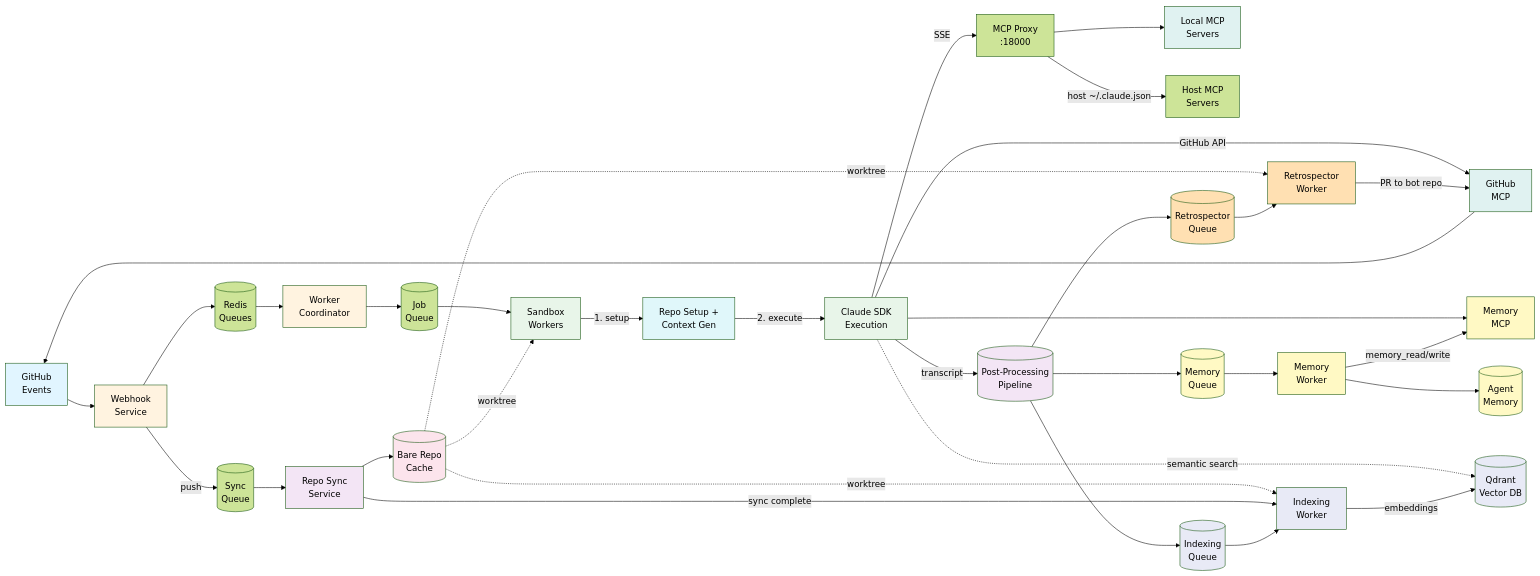
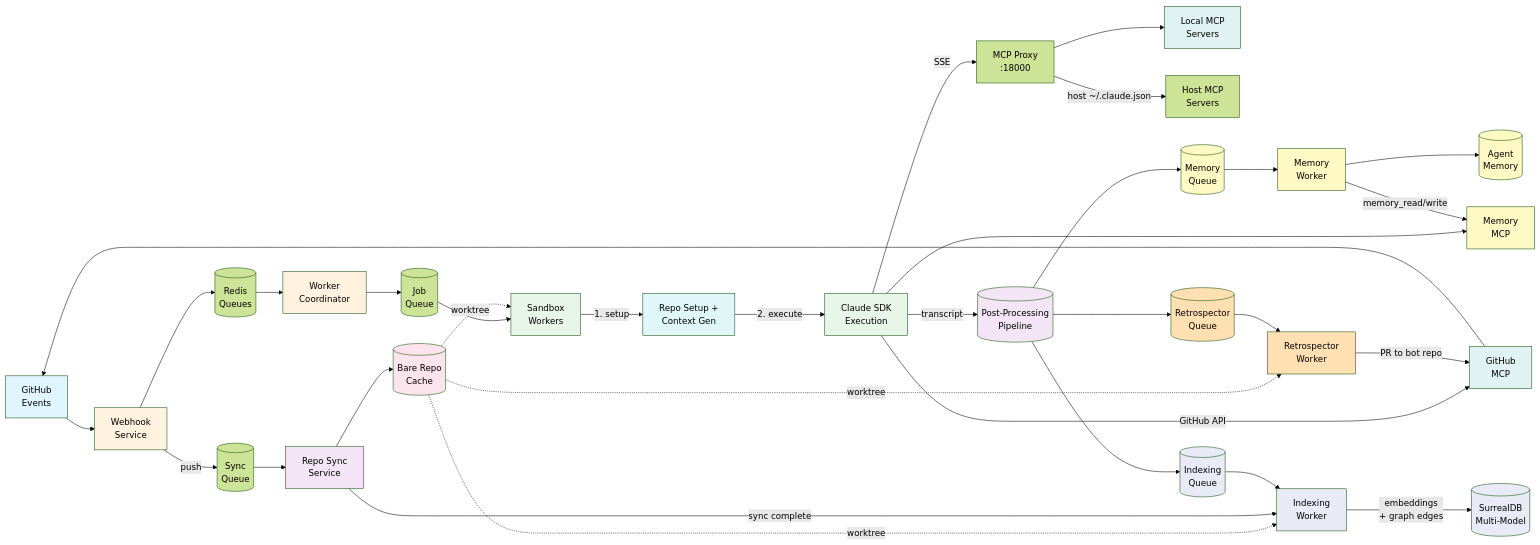
The diagram in docs/ARCHITECTURE.md (GabsFranke/claude-code-github-agent), drawn with Mermaid (forest theme) before and after one commit. The commit also changed other lines of this file and 47 other files, not shown here.

First line of the commit message:
feat: Replace Qdrant with SurrealDB for unified code intelligence

````diff
--- a/docs/ARCHITECTURE.md
+++ b/docs/ARCHITECTURE.md
@@ -35,67 +35,66 @@
 ```mermaid
 flowchart LR
     GH[GitHub<br/>Events] --> WH[Webhook<br/>Service]
 
     WH --> RQ[(Redis<br/>Queues)]
     WH --> |push| SYNCQ[(Sync<br/>Queue)]
 
     RQ --> W[Worker<br/>Coordinator]
     SYNCQ --> RS[Repo Sync<br/>Service]
 
     W --> JQ[(Job<br/>Queue)]
     RS --> CACHE[(Bare Repo<br/>Cache)]
 
     JQ --> SW[Sandbox<br/>Workers]
     CACHE -.->|worktree| SW
     CACHE -.->|worktree| IDX
     CACHE -.->|worktree| RETRO
 
     SW --> |1. setup| PREP[Repo Setup +<br/>Context Gen]
     PREP --> |2. execute| AGENT[Claude SDK<br/>Execution]
 
     AGENT --> |GitHub API| MCP[GitHub<br/>MCP]
     AGENT --> |transcript| PP[(Post-Processing<br/>Pipeline)]
     AGENT --> MEM_MCP[Memory<br/>MCP]
     AGENT --> |SSE| MCPPROXY[MCP Proxy<br/>:18000]
     MCPPROXY --> LOCAL_MCP[Local MCP<br/>Servers]
     MCPPROXY --> |host ~/.claude.json| HOST_MCP[Host MCP<br/>Servers]
-    AGENT -.->|semantic search| QDRANT
 
     PP --> MEMQ[(Memory<br/>Queue)]
     PP --> RETROQ[(Retrospector<br/>Queue)]
     PP --> IDXQ[(Indexing<br/>Queue)]
 
     MEMQ --> MW[Memory<br/>Worker]
     MW --> |memory_read/write| MEM_MCP
     MW --> MEM_VOL[(Agent<br/>Memory)]
 
     RETROQ --> RETRO[Retrospector<br/>Worker]
     RETRO --> |PR to bot repo| MCP
 
     RS --> |sync complete| IDX[Indexing<br/>Worker]
     IDXQ --> IDX
-    IDX --> |embeddings| QDRANT[(Qdrant<br/>Vector DB)]
+    IDX --> |"embeddings<br/>+ graph edges"| SURREAL[(SurrealDB<br/>Multi-Model)]
 
     MCP --> GH
 
     style GH fill:#e1f5ff
     style WH fill:#fff3e0
     style W fill:#fff3e0
     style RS fill:#f3e5f5
     style SW fill:#e8f5e9
     style PREP fill:#e0f7fa
     style AGENT fill:#e8f5e9
     style CACHE fill:#fce4ec
     style MCP fill:#e0f2f1
     style MW fill:#fff9c4
     style MEM_MCP fill:#fff9c4
     style MEM_VOL fill:#fff9c4
     style MEMQ fill:#fff9c4
     style RETRO fill:#ffe0b2
     style RETROQ fill:#ffe0b2
     style PP fill:#f3e5f5
     style IDX fill:#e8eaf6
-    style QDRANT fill:#e8eaf6
+    style SURREAL fill:#e8eaf6
     style IDXQ fill:#e8eaf6
     style LOCAL_MCP fill:#e0f2f1
 ```
````
